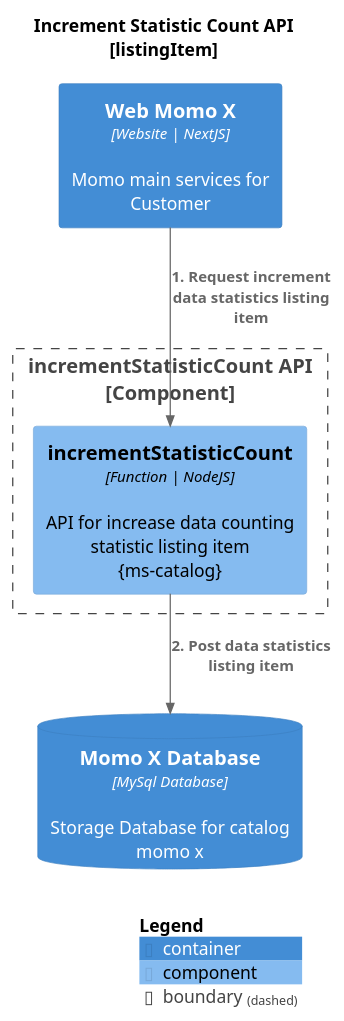
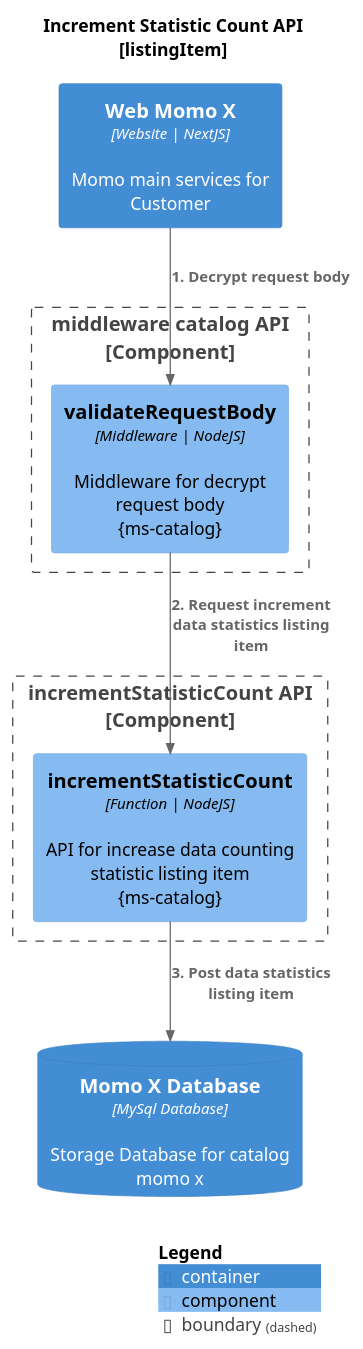
Before and after one commit to JoshAndreas/Project-C4-Diagram: the diagram in MomoX/ms-catalog/listingItem/incrementStatisticCount.puml, drawn with PlantUML. The commit also changed 52 other files, not shown here.

Commit message:
New C4 Diagram File for Auto X

```diff
--- a/MomoX/ms-catalog/listingItem/incrementStatisticCount.puml
+++ b/MomoX/ms-catalog/listingItem/incrementStatisticCount.puml
@@ -1,23 +1,30 @@
 @startuml
 !include https://raw.githubusercontent.com/plantuml-stdlib/C4-PlantUML/master/C4_Component.puml
 
 
 LAYOUT_WITH_LEGEND()
 title Increment Statistic Count API\n[listingItem]
 
     Container(web_momo_x, "Web Momo X", "Website | NextJS", "Momo main services for Customer")
+
+    Boundary(middleware, "middleware catalog API\n[Component]"){
+
+        Component(decrypt_body, "validateRequestBody", "Middleware | NodeJS", "Middleware for decrypt request body\n{ms-catalog}")
+
+    }
     
     Boundary(api, "incrementStatisticCount API\n[Component]"){
 
         Component(incrementStatisticCount, "incrementStatisticCount", "Function | NodeJS", "API for increase data counting statistic listing item\n{ms-catalog}")
 
     }
     ContainerDb(momo_x_storage, "Momo X Database", "MySql Database", "Storage Database for catalog momo x")
 
 
-Rel_D(web_momo_x, incrementStatisticCount, "1. Request increment data statistics listing item")
-Rel_D(incrementStatisticCount, momo_x_storage, "2. Post data statistics listing item")
+Rel_D(web_momo_x, decrypt_body, "1. Decrypt request body")
+Rel_D(decrypt_body, incrementStatisticCount, "2. Request increment data statistics listing item")
+Rel_D(incrementStatisticCount, momo_x_storage, "3. Post data statistics listing item")
 
 
 SHOW_LEGEND()
 @enduml
```
